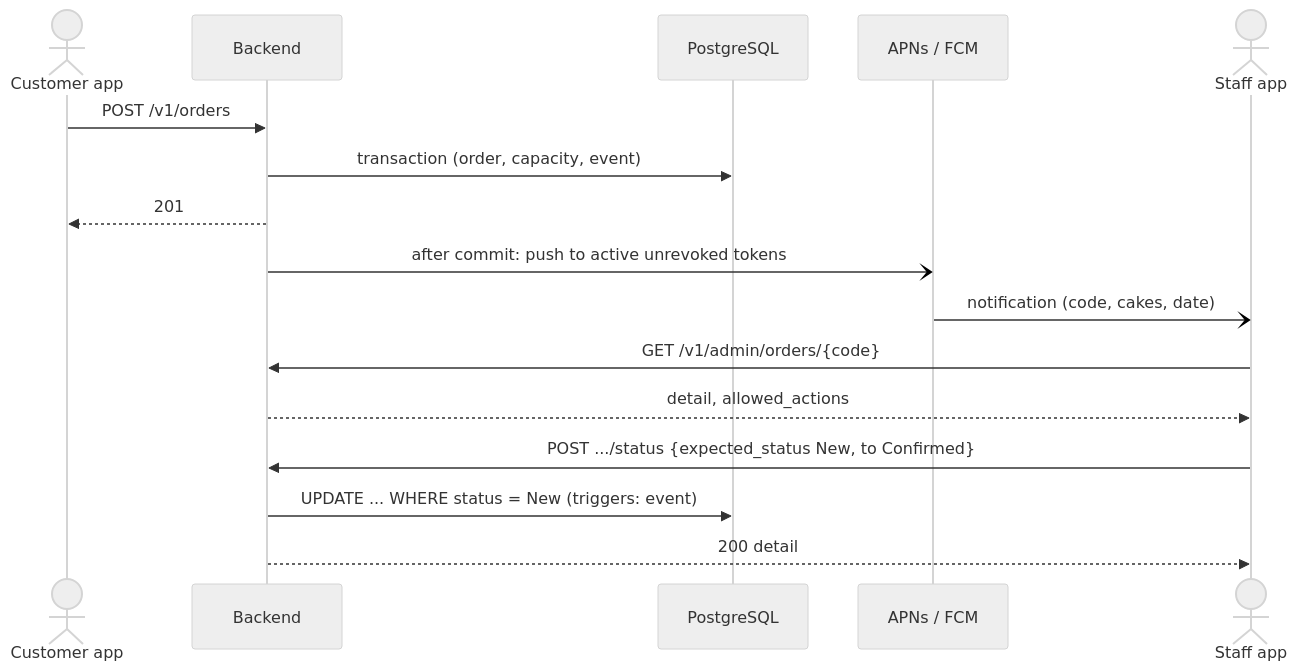
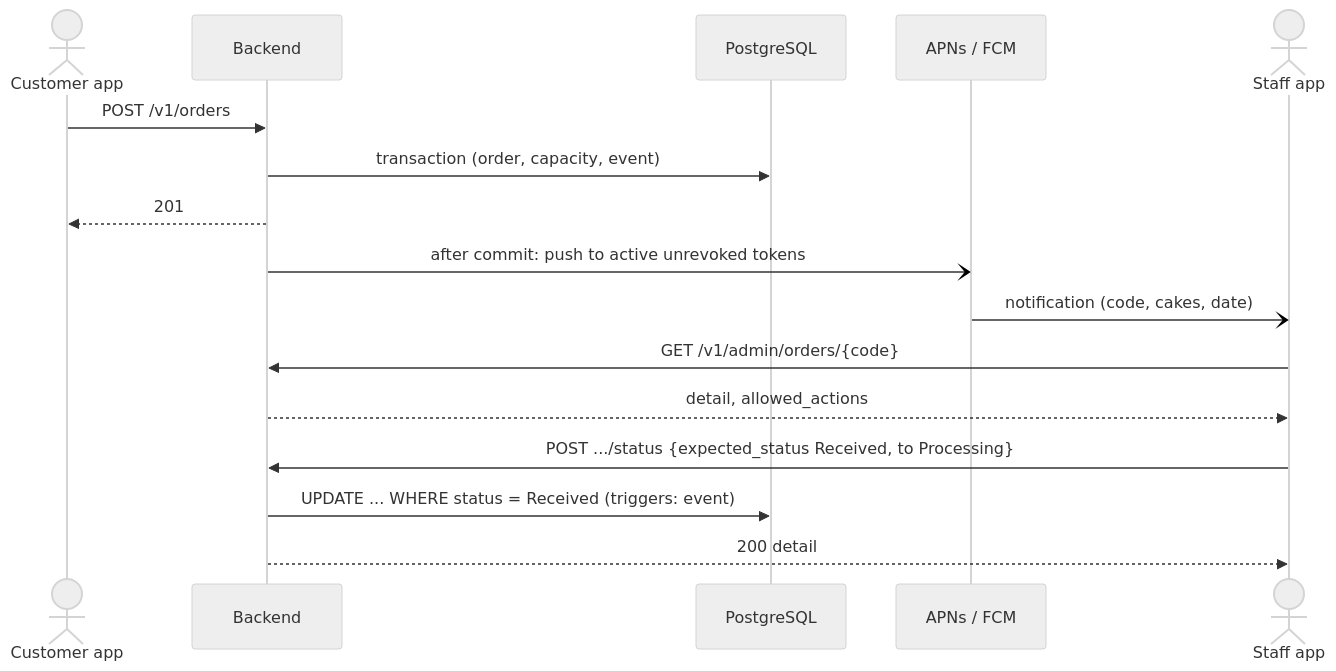
Before and after one commit to cuongtq4998/banhapp: the diagram in docs/system/admin-order-handling.md, drawn with Mermaid (neutral theme). The commit also changed other lines of this file and 5 other files, not shown here.

````diff
--- a/docs/system/admin-order-handling.md
+++ b/docs/system/admin-order-handling.md
@@ -28,18 +28,18 @@
 ```mermaid
 sequenceDiagram
     actor C as Customer app
     participant API as Backend
     participant DB as PostgreSQL
     participant P as APNs / FCM
     actor S as Staff app
     C->>API: POST /v1/orders
     API->>DB: transaction (order, capacity, event)
     API-->>C: 201
     API-)P: after commit: push to active unrevoked tokens
     P-)S: notification (code, cakes, date)
     S->>API: GET /v1/admin/orders/{code}
     API-->>S: detail, allowed_actions
-    S->>API: POST .../status {expected_status New, to Confirmed}
-    API->>DB: UPDATE ... WHERE status = New (triggers: event)
+    S->>API: POST .../status {expected_status Received, to Processing}
+    API->>DB: UPDATE ... WHERE status = Received (triggers: event)
     API-->>S: 200 detail
 ```
````
